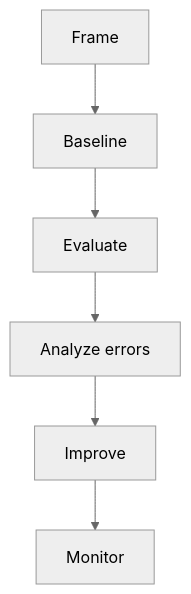
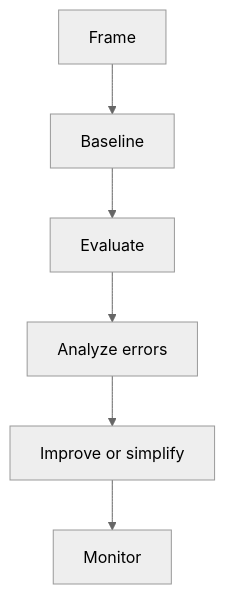
The diagram in cheatsheets/01-ml-fundamentals-cheatsheet.md (Icon1cc/Machine-Learning), drawn with Mermaid (neutral theme) before and after one commit. The commit also changed other lines of this file and 330 other files, not shown here.

````diff
--- a/cheatsheets/01-ml-fundamentals-cheatsheet.md
+++ b/cheatsheets/01-ml-fundamentals-cheatsheet.md
@@ -45,8 +42,8 @@
 ```mermaid
 flowchart TD
     A[Frame] --> B[Baseline]
     B --> C[Evaluate]
     C --> D[Analyze errors]
-    D --> E[Improve]
+    D --> E[Improve or simplify]
     E --> F[Monitor]
 ```
````
